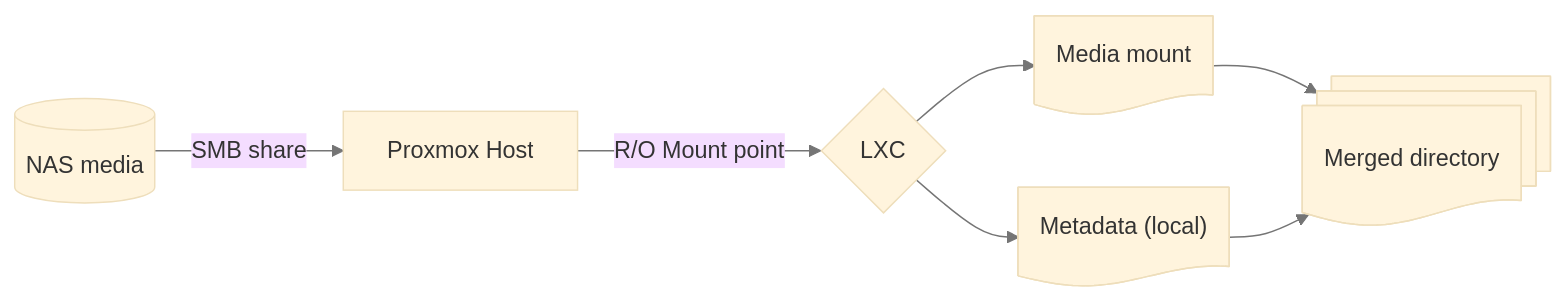
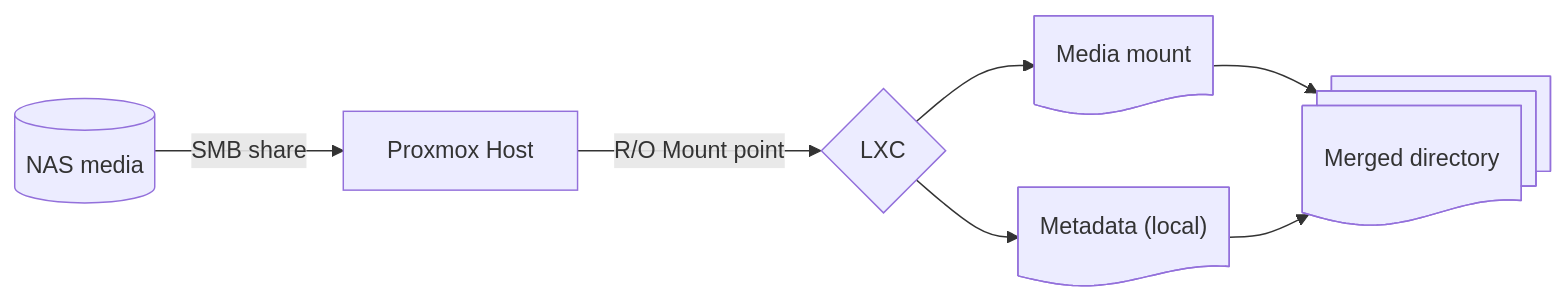
Before and after one commit to GeneMarks/gene-personal-site: the diagram in src/_mermaid/jellyfin-mergerfs-proxmox.mmd, drawn with Mermaid. The commit also changed 3 other files, not shown here.

Commit message:
Use mermaid-config.json for global settings

```diff
--- a/src/_mermaid/jellyfin-mergerfs-proxmox.mmd
+++ b/src/_mermaid/jellyfin-mergerfs-proxmox.mmd
@@ -1,15 +1,7 @@
----
-config:
-  look: classic
-  theme: base
----
-
 flowchart LR
   A[("NAS media")] -- SMB share --> B["Proxmox Host"]
   B -- R/O Mount point --> C{"LXC"}
   C --> D["Media mount"]@{ shape: doc }
   C --> E["Metadata (local)"]@{ shape: doc }
   D --> F["Merged directory"]@{ shape: docs }
   E --> F
-
-  linkStyle default stroke:#757575,fill:none
```
